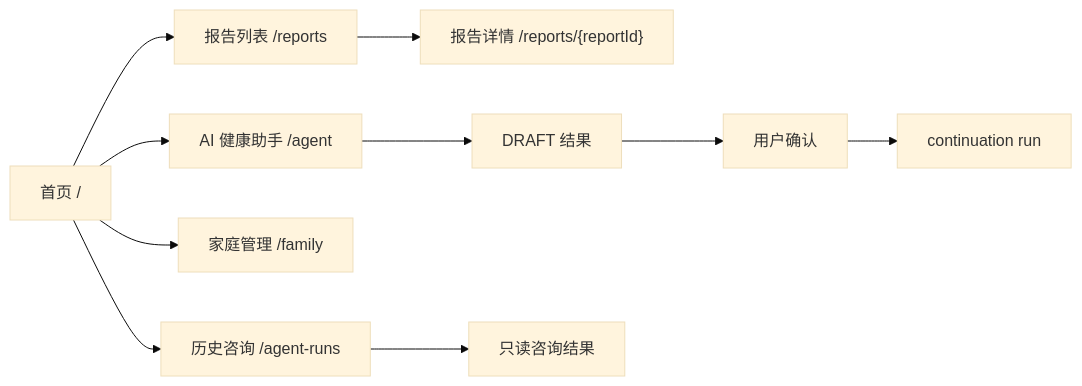
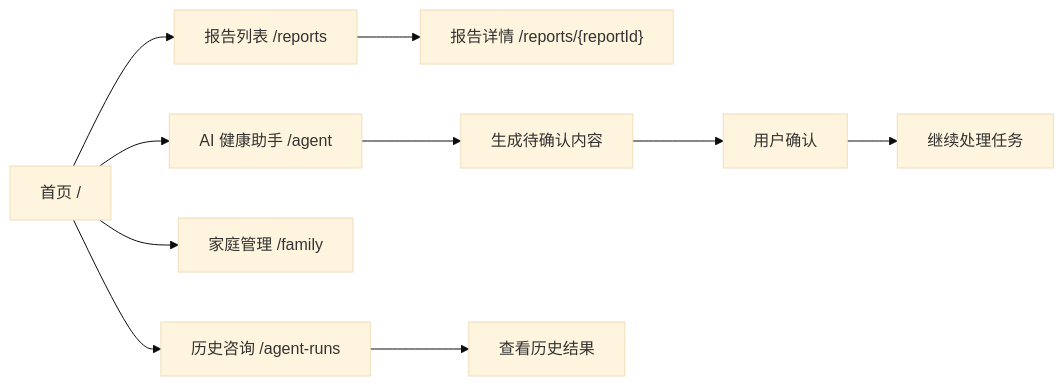
The second of 2 diagrams in README.md (dadiaochen/hospital-agent), drawn with Mermaid (base theme) before and after one commit. The commit also changed other lines of this file and 2 other files, not shown here.

````diff
--- a/README.md
+++ b/README.md
@@ -79,12 +67,12 @@
 ```mermaid
 flowchart LR
     HOME["首页 /"] --> AGENT["AI 健康助手 /agent"]
     HOME --> REPORTS["报告列表 /reports"]
     HOME --> FAMILY["家庭管理 /family"]
     HOME --> HISTORY["历史咨询 /agent-runs"]
     REPORTS --> DETAIL["报告详情 /reports/{reportId}"]
-    AGENT --> DRAFT["DRAFT 结果"]
+    AGENT --> DRAFT["生成待确认内容"]
     DRAFT --> CONFIRM["用户确认"]
-    CONFIRM --> CONTINUE["continuation run"]
-    HISTORY --> TRACE["只读咨询结果"]
+    CONFIRM --> CONTINUE["继续处理任务"]
+    HISTORY --> TRACE["查看历史结果"]
 ```
````
